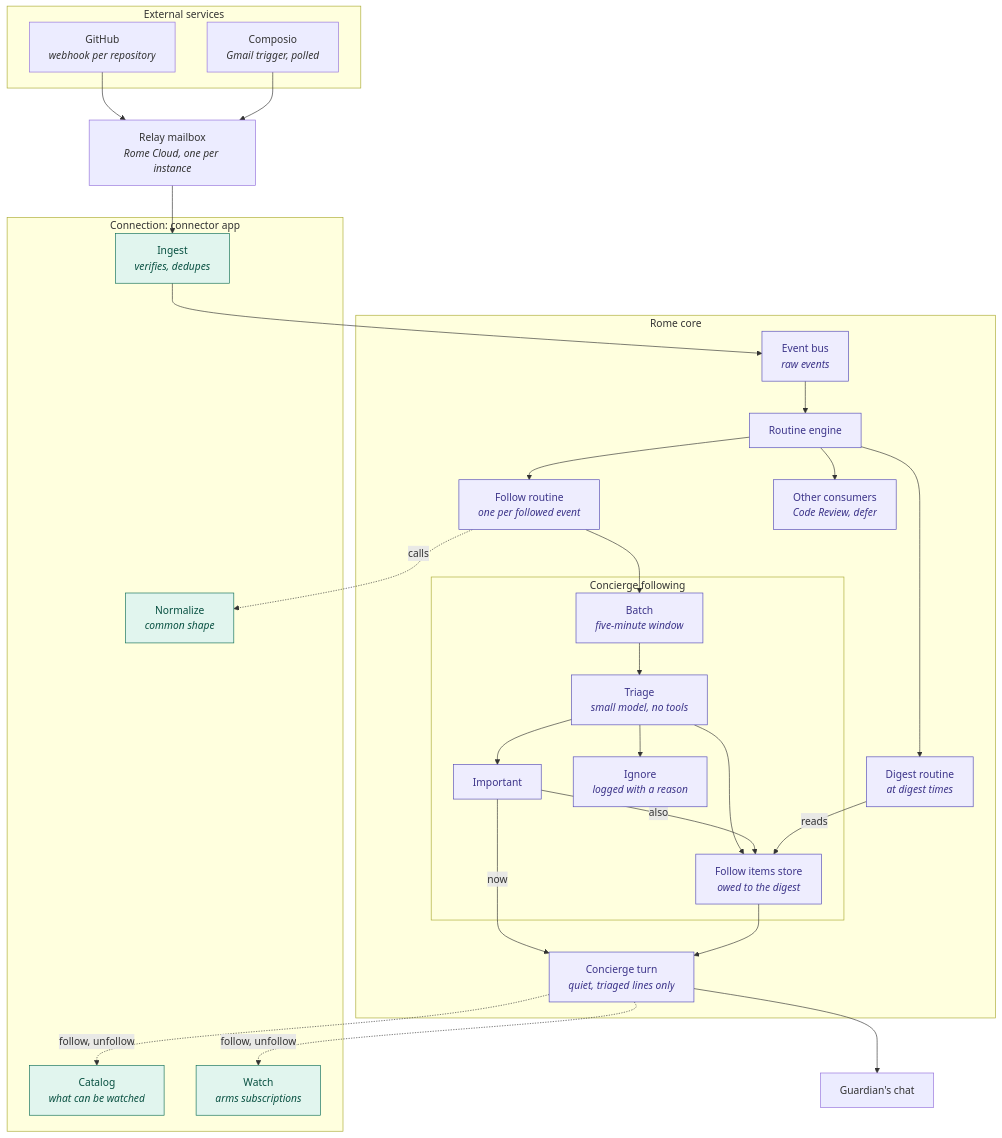
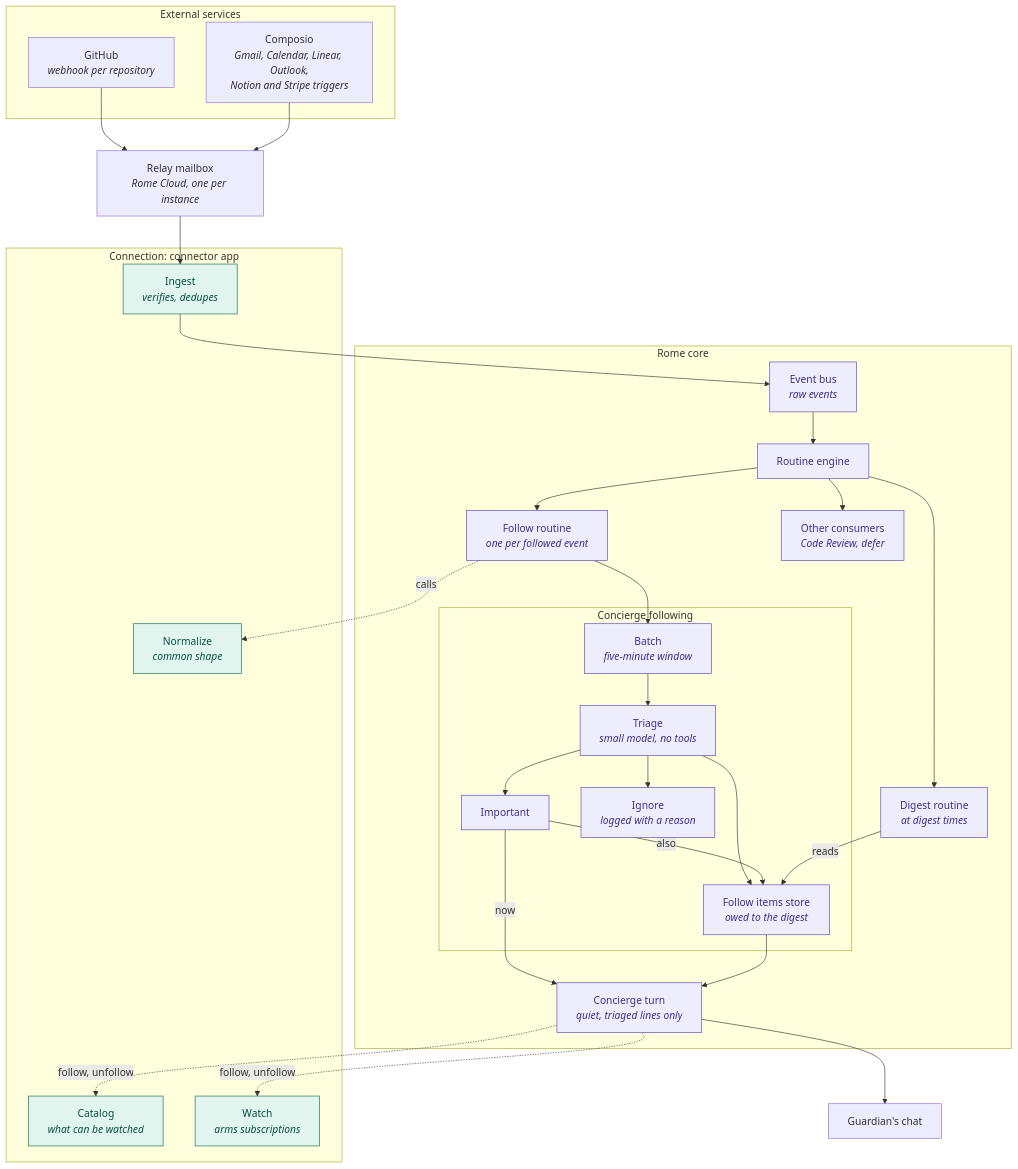
Before and after one commit to rome-os/rome: the diagram in docs/architecture/concierge-following.md, drawn with Mermaid. The commit also changed other lines of this file and 64 other files, not shown here.

First line of the commit message:
feat(connector): let the Concierge follow Google Calendar, Linear, Outlook, Notion and Stripe (#1714)

````diff
--- a/docs/architecture/concierge-following.md
+++ b/docs/architecture/concierge-following.md
@@ -7,54 +7,54 @@
 ```mermaid
 flowchart TD
     subgraph External["External services"]
         GH["GitHub<br/><i>webhook per repository</i>"]
-        CP["Composio<br/><i>Gmail trigger, polled</i>"]
+        CP["Composio<br/><i>Gmail, Calendar, Linear, Outlook,<br/>Notion and Stripe triggers</i>"]
     end
     Relay["Relay mailbox<br/><i>Rome Cloud, one per instance</i>"]
     subgraph Conn["Connection: connector app"]
         Catalog["Catalog<br/><i>what can be watched</i>"]
         Watch["Watch<br/><i>arms subscriptions</i>"]
         Ingest["Ingest<br/><i>verifies, dedupes</i>"]
         Normalize["Normalize<br/><i>common shape</i>"]
     end
     subgraph Core["Rome core"]
         Bus["Event bus<br/><i>raw events</i>"]
         Engine["Routine engine"]
         Follow["Follow routine<br/><i>one per followed event</i>"]
         DigestRoutine["Digest routine<br/><i>at digest times</i>"]
         Others["Other consumers<br/><i>Code Review, defer</i>"]
         subgraph Following["Concierge following"]
             Batch["Batch<br/><i>five-minute window</i>"]
             Triage["Triage<br/><i>small model, no tools</i>"]
             Important["Important"]
             Store["Follow items store<br/><i>owed to the digest</i>"]
             Ignore["Ignore<br/><i>logged with a reason</i>"]
         end
         Turn["Concierge turn<br/><i>quiet, triaged lines only</i>"]
     end
     Chat["Guardian's chat"]
 
     GH --> Relay
     CP --> Relay
     Relay --> Ingest --> Bus --> Engine
     Engine --> Follow
     Engine --> DigestRoutine
     Engine --> Others
     Follow -. calls .-> Normalize
     Follow --> Batch --> Triage
     Triage --> Important
     Triage --> Store
     Triage --> Ignore
     Important -- now --> Turn
     Important -- also --> Store
     DigestRoutine -- reads --> Store
     Store --> Turn
     Turn --> Chat
     Turn -. follow, unfollow .-> Catalog
     Turn -. follow, unfollow .-> Watch
 
     classDef conn fill:#E1F5EE,stroke:#0F6E56,color:#085041
     classDef core fill:#EEEDFE,stroke:#534AB7,color:#3C3489
     class Catalog,Watch,Ingest,Normalize conn
     class Bus,Engine,Follow,DigestRoutine,Others,Batch,Triage,Important,Store,Ignore,Turn core
 ```
````
